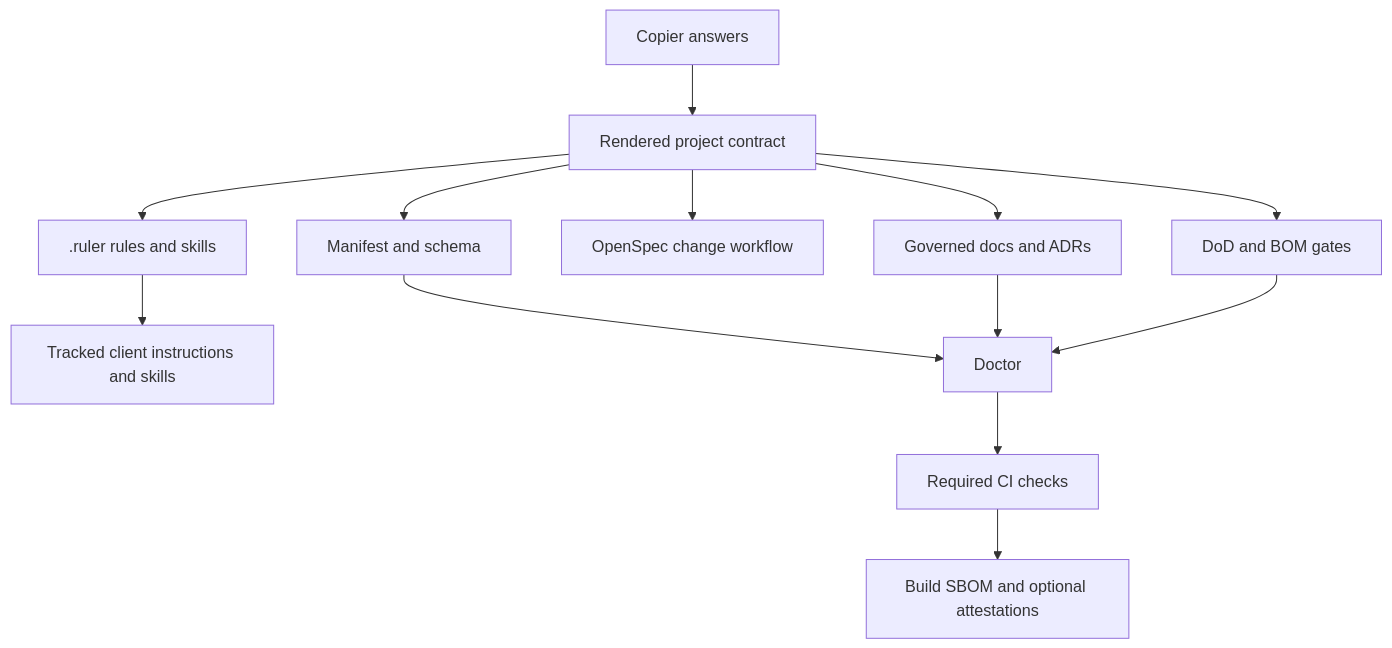
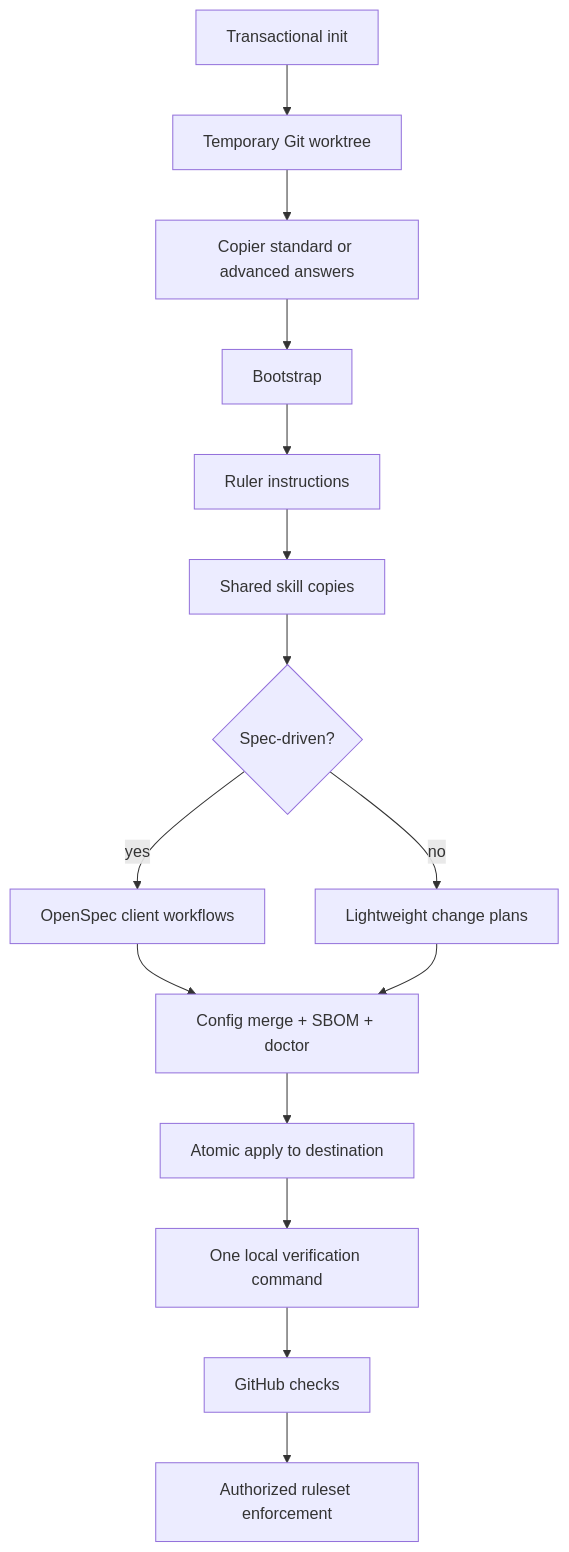
One commit to landphieran/agent-standard changed the diagram in docs/architecture.md. Above: the diagram before and after it, drawn with Mermaid. The commit also changed other lines of this file and 95 other files, not shown here.

````diff
--- a/docs/architecture.md
+++ b/docs/architecture.md
@@ -5,15 +5,17 @@
 ```mermaid
 flowchart TD
-  C[Copier answers] --> T[Rendered project contract]
-  T --> M[Manifest and schema]
-  T --> R[.ruler rules and skills]
-  T --> O[OpenSpec change workflow]
-  T --> D[Governed docs and ADRs]
-  T --> Q[DoD and BOM gates]
-  R --> A[Tracked client instructions and skills]
-  M --> V[Doctor]
-  D --> V
-  Q --> V
-  V --> CI[Required CI checks]
-  CI --> S[Build SBOM and optional attestations]
+  I[Transactional init] --> W[Temporary Git worktree]
+  W --> C[Copier standard or advanced answers]
+  C --> B[Bootstrap]
+  B --> R[Ruler instructions]
+  R --> K[Shared skill copies]
+  K --> O{Spec-driven?}
+  O -->|yes| P[OpenSpec client workflows]
+  O -->|no| L[Lightweight change plans]
+  P --> M[Config merge + SBOM + doctor]
+  L --> M
+  M --> A[Atomic apply to destination]
+  A --> V[One local verification command]
+  V --> G[GitHub checks]
+  G --> E[Authorized ruleset enforcement]
 ```
````
